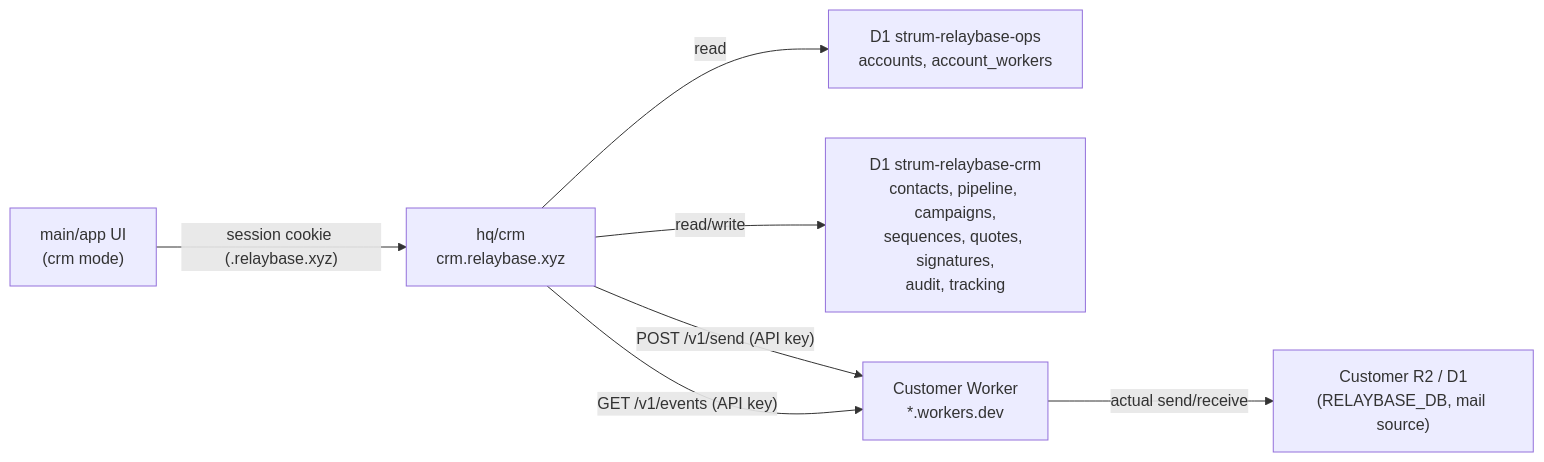
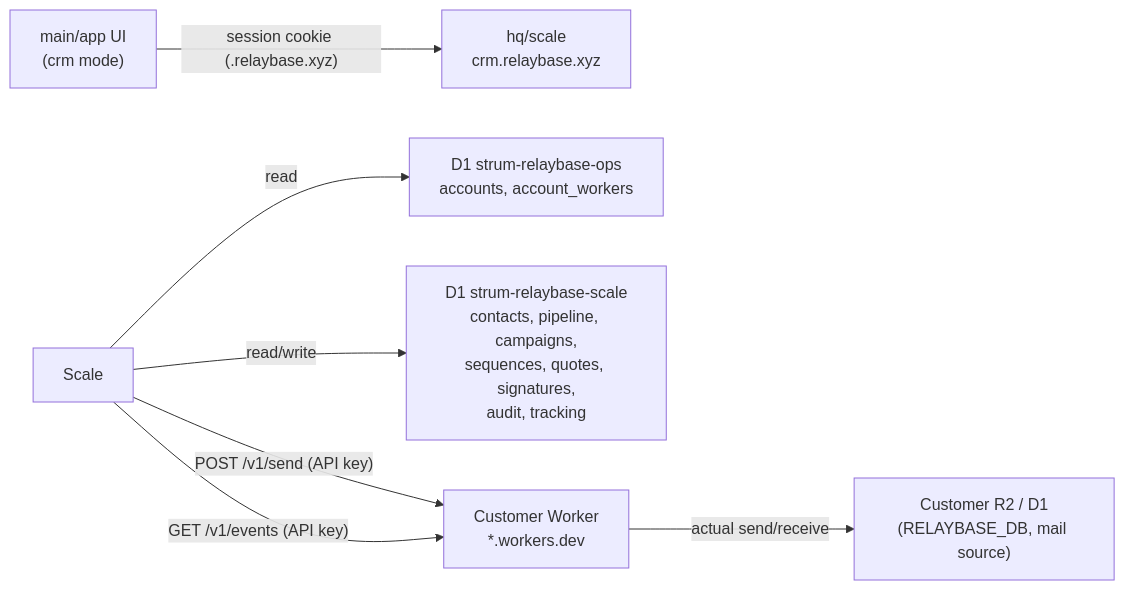
Before and after one commit to gssisaac/relaybase: the diagram in docs/features/crm-mode-v0.2.md, drawn with Mermaid. The commit also changed other lines of this file and 312 other files, not shown here.

First line of the commit message:
Rename CRM to Scale across routes, API, and sidebar.

````diff
--- a/docs/features/crm-mode-v0.2.md
+++ b/docs/features/crm-mode-v0.2.md
@@ -107,9 +107,9 @@
 ```mermaid
 flowchart LR
-  UI["main/app UI\n(crm mode)"] -->|"session cookie (.relaybase.xyz)"| CRM["hq/crm\ncrm.relaybase.xyz"]
-  CRM -->|"read"| OPS["D1 strum-relaybase-ops\naccounts, account_workers"]
-  CRM -->|"read/write"| CRMDB["D1 strum-relaybase-crm\ncontacts, pipeline, campaigns,\nsequences, quotes, signatures,\naudit, tracking"]
-  CRM -->|"POST /v1/send (API key)"| W["Customer Worker\n*.workers.dev"]
-  CRM -->|"GET /v1/events (API key)"| W
+  UI["main/app UI\n(crm mode)"] -->|"session cookie (.relaybase.xyz)"| CRM["hq/scale\ncrm.relaybase.xyz"]
+  Scale -->|"read"| OPS["D1 strum-relaybase-ops\naccounts, account_workers"]
+  Scale -->|"read/write"| CRMDB["D1 strum-relaybase-scale\ncontacts, pipeline, campaigns,\nsequences, quotes, signatures,\naudit, tracking"]
+  Scale -->|"POST /v1/send (API key)"| W["Customer Worker\n*.workers.dev"]
+  Scale -->|"GET /v1/events (API key)"| W
   W -->|"actual send/receive"| R2["Customer R2 / D1\n(RELAYBASE_DB, mail source)"]
 ```
````
